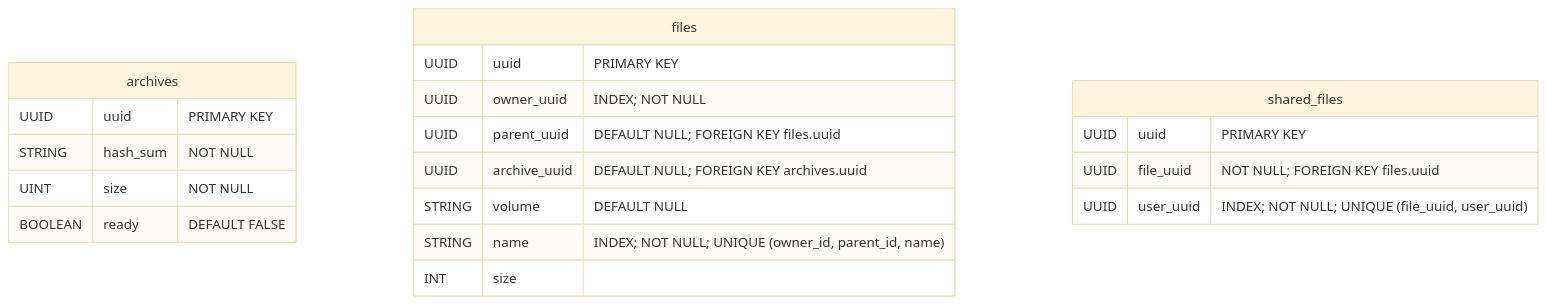
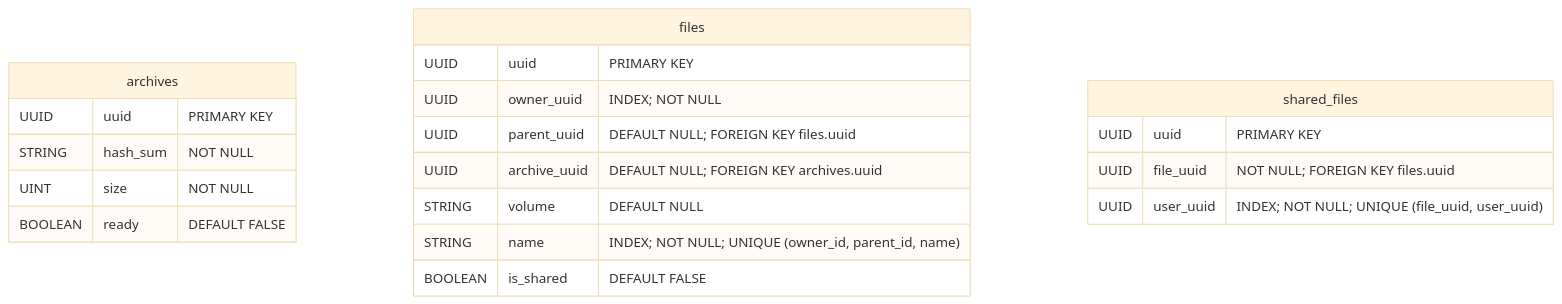
One commit to hawks-atlanta/docs changed the third of 4 diagrams in Database.md. Above: the diagram before and after it, drawn with Mermaid (base theme). The commit also changed other lines of this file, not shown here.

Commit message:
Docs/update database (#23)
* docs(database): Remove `size` field from the `files` table

````diff
--- a/Database.md
+++ b/Database.md
@@ -74,25 +74,25 @@
 ```mermaid
 erDiagram
 	archives {
 		UUID    uuid        "PRIMARY KEY"
 		STRING  hash_sum    "NOT NULL"
 		UINT    size        "NOT NULL"
 		BOOLEAN ready       "DEFAULT FALSE"
 	}
 
 	files {
-		UUID    uuid            "PRIMARY KEY"
-		UUID    owner_uuid      "INDEX; NOT NULL"
-		UUID    parent_uuid     "DEFAULT NULL; FOREIGN KEY files.uuid"
-		UUID    archive_uuid    "DEFAULT NULL; FOREIGN KEY archives.uuid"
-		STRING  volume          "DEFAULT NULL"
-		STRING  name            "INDEX; NOT NULL; UNIQUE (owner_id, parent_id, name)"
-		INT     size            ""
+		UUID    	uuid            "PRIMARY KEY"
+		UUID    	owner_uuid      "INDEX; NOT NULL"
+		UUID    	parent_uuid     "DEFAULT NULL; FOREIGN KEY files.uuid"
+		UUID    	archive_uuid    "DEFAULT NULL; FOREIGN KEY archives.uuid"
+		STRING  	volume          "DEFAULT NULL"
+		STRING  	name            "INDEX; NOT NULL; UNIQUE (owner_id, parent_id, name)"
+		BOOLEAN 	is_shared 		 	"DEFAULT FALSE"
 	}
 	
 	shared_files {
 		UUID uuid      "PRIMARY KEY"
 		UUID file_uuid "NOT NULL; FOREIGN KEY files.uuid"
 		UUID user_uuid "INDEX; NOT NULL; UNIQUE (file_uuid, user_uuid)"
 	}
 ```
````
